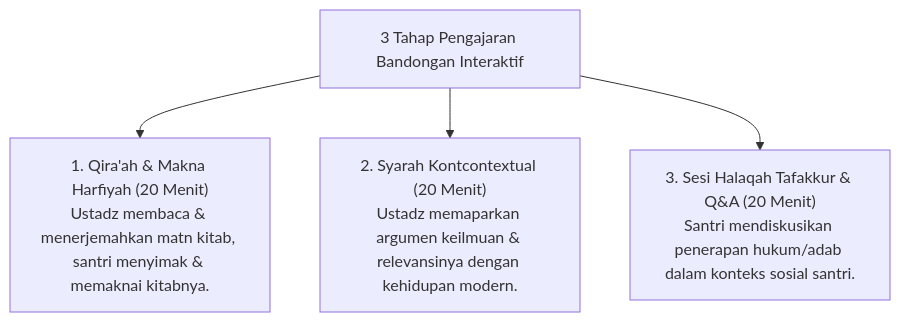
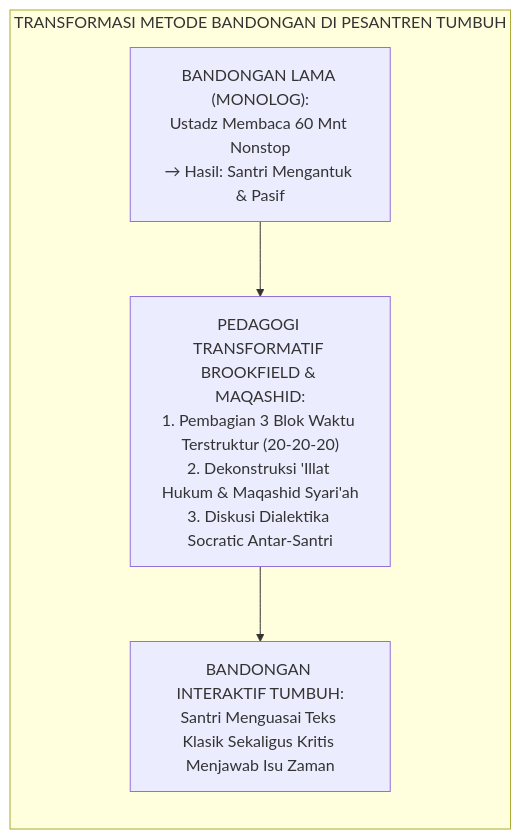
One commit to wandiapriliyandi/tumbuh changed the first of 2 diagrams in 10 Methods/01 Learning Methods/P10-01-02-Metode-Bandongan-dan-Halaqah-Tafakkur-Tematik.md. Above: the diagram before and after it, drawn with Mermaid. The commit also changed other lines of this file and 3 other files, not shown here.

````diff
--- a/10 Methods/01 Learning Methods/P10-01-02-Metode-Bandongan-dan-Halaqah-Tafakkur-Tematik.md
+++ b/10 Methods/01 Learning Methods/P10-01-02-Metode-Bandongan-dan-Halaqah-Tafakkur-Tematik.md
@@ -14,7 +28,7 @@
 ```mermaid
-graph TD
-    BandonganSteps["3 Tahap Pengajaran Bandongan Interaktif"]
-    BandonganSteps --> ReadingMakna["1. Qira'ah & Makna Harfiyah (20 Menit)<br/>Ustadz membaca & menerjemahkan matn kitab, santri menyimak & memaknai kitabnya."]
-    BandonganSteps --> SyarahContext["2. Syarah Kontcontextual (20 Menit)<br/>Ustadz memaparkan argumen keilmuan & relevansinya dengan kehidupan modern."]
-    BandonganSteps --> TafakkurQnA["3. Sesi Halaqah Tafakkur & Q&A (20 Menit)<br/>Santri mendiskusikan penerapan hukum/adab dalam konteks sosial santri."]
+flowchart LR
+    subgraph TransformativeBandonganModel["TRANSFORMASI METODE BANDONGAN DI PESANTREN TUMBUH"]
+        Monologue["BANDONGAN LAMA (MONOLOG):<br/>Ustadz Membaca 60 Mnt Nonstop<br/>→ Hasil: Santri Mengantuk & Pasif"] --> Shift["PEDAGOGI TRANSFORMATIF BROOKFIELD & MAQASHID:<br/>1. Pembagian 3 Blok Waktu Terstruktur (20-20-20)<br/>2. Dekonstruksi 'Illat Hukum & Maqashid Syari'ah<br/>3. Diskusi Dialektika Socratic Antar-Santri"]
+        Shift --> Interactive["BANDONGAN INTERAKTIF TUMBUH:<br/>Santri Menguasai Teks Klasik Sekaligus Kritis Menjawab Isu Zaman"]
+    end
 ```
````
